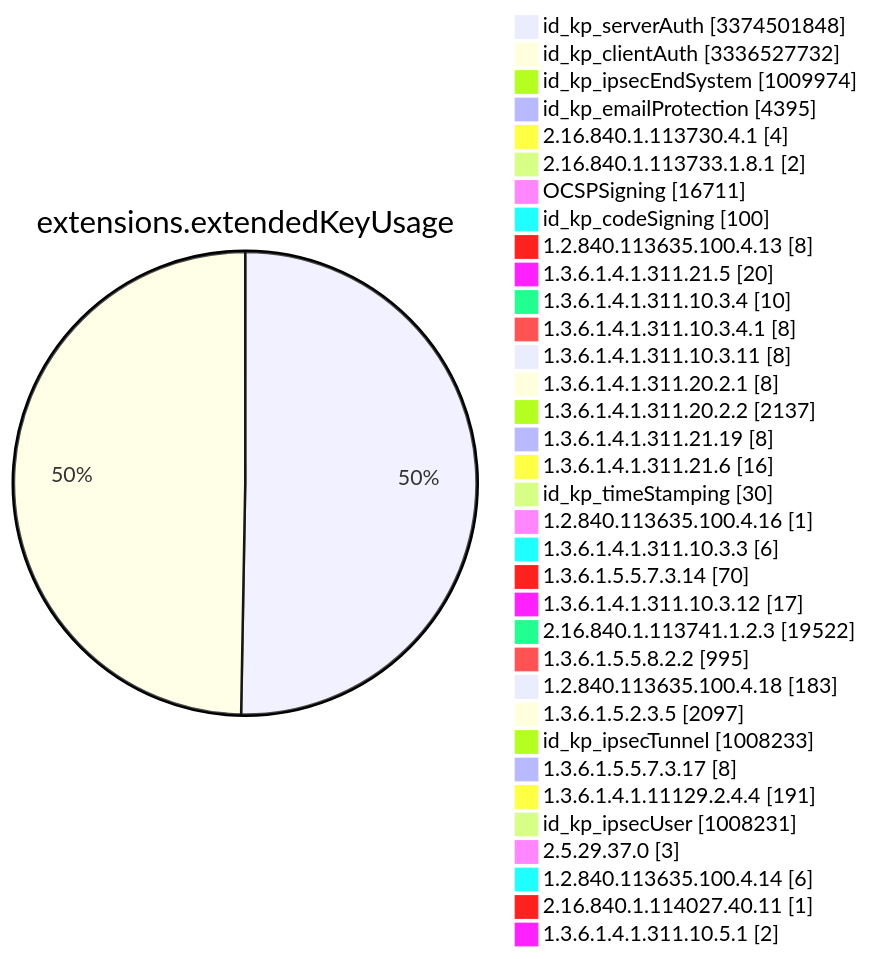
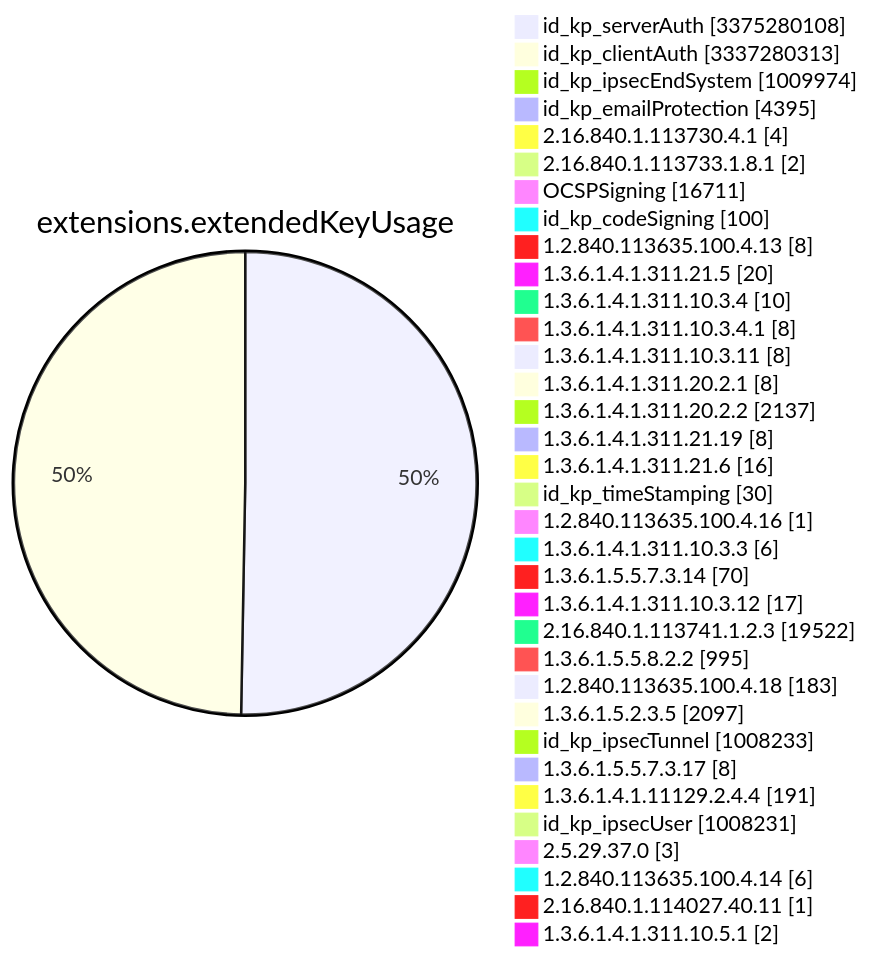
One commit to christiankrug/ctmonitor_visualization changed diagram 11 of 15 in TOTAL/README.md. Above: the diagram before and after it, drawn with Mermaid. The commit also changed other lines of this file, not shown here.

````diff
--- a/TOTAL/README.md
+++ b/TOTAL/README.md
@@ -4120,38 +4120,38 @@
 ```mermaid
 pie showData
 title extensions.extendedKeyUsage
-"id_kp_serverAuth" :3374501848
-"id_kp_clientAuth" :3336527732
+"id_kp_serverAuth" :3375280108
+"id_kp_clientAuth" :3337280313
 "id_kp_ipsecEndSystem" :1009974
 "id_kp_emailProtection" :4395
 "2.16.840.1.113730.4.1" :4
 "2.16.840.1.113733.1.8.1" :2
 "OCSPSigning" :16711
 "id_kp_codeSigning" :100
 "1.2.840.113635.100.4.13" :8
 "1.3.6.1.4.1.311.21.5" :20
 "1.3.6.1.4.1.311.10.3.4" :10
 "1.3.6.1.4.1.311.10.3.4.1" :8
 "1.3.6.1.4.1.311.10.3.11" :8
 "1.3.6.1.4.1.311.20.2.1" :8
 "1.3.6.1.4.1.311.20.2.2" :2137
 "1.3.6.1.4.1.311.21.19" :8
 "1.3.6.1.4.1.311.21.6" :16
 "id_kp_timeStamping" :30
 "1.2.840.113635.100.4.16" :1
 "1.3.6.1.4.1.311.10.3.3" :6
 "1.3.6.1.5.5.7.3.14" :70
 "1.3.6.1.4.1.311.10.3.12" :17
 "2.16.840.1.113741.1.2.3" :19522
 "1.3.6.1.5.5.8.2.2" :995
 "1.2.840.113635.100.4.18" :183
 "1.3.6.1.5.2.3.5" :2097
 "id_kp_ipsecTunnel" :1008233
 "1.3.6.1.5.5.7.3.17" :8
 "1.3.6.1.4.1.11129.2.4.4" :191
 "id_kp_ipsecUser" :1008231
 "2.5.29.37.0" :3
 "1.2.840.113635.100.4.14" :6
 "2.16.840.1.114027.40.11" :1
 "1.3.6.1.4.1.311.10.5.1" :2
 ```
````
